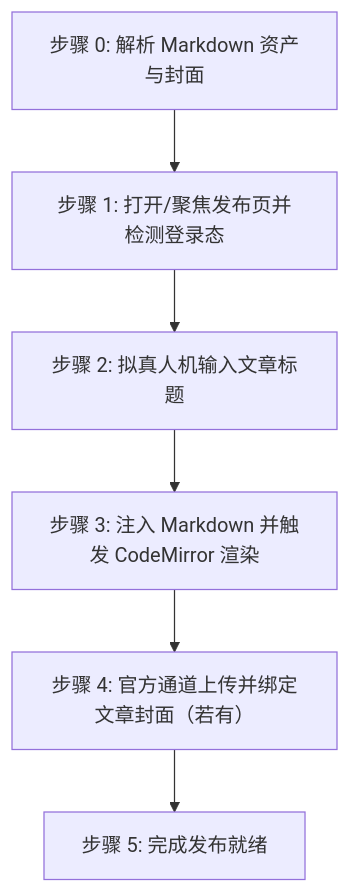
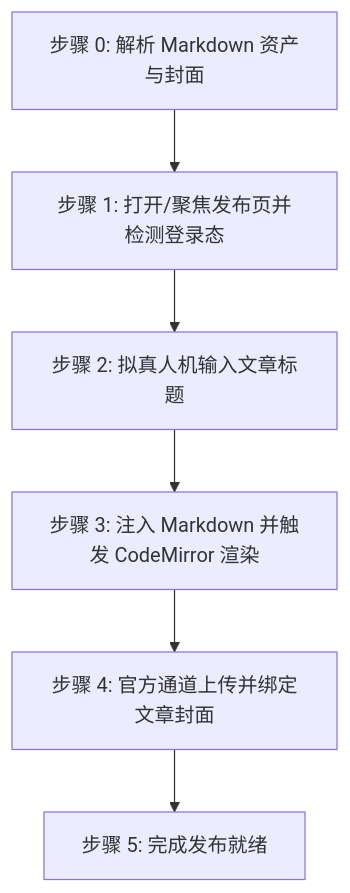
One commit to undsky/doudou-publish-skills changed the diagram in skills/doudou-juejin/SKILL.md. Above: the diagram before and after it, drawn with Mermaid. The commit also changed other lines of this file and 3 other files, not shown here.

````diff
--- a/skills/doudou-juejin/SKILL.md
+++ b/skills/doudou-juejin/SKILL.md
@@ -12,8 +12,8 @@
 ```mermaid
 flowchart TD
     S0[步骤 0: 解析 Markdown 资产与封面] --> S1[步骤 1: 打开/聚焦发布页并检测登录态]
     S1 --> S2[步骤 2: 拟真人机输入文章标题]
     S2 --> S3[步骤 3: 注入 Markdown 并触发 CodeMirror 渲染]
-    S3 --> S4[步骤 4: 官方通道上传并绑定文章封面（若有）]
+    S3 --> S4[步骤 4: 官方通道上传并绑定文章封面]
     S4 --> S5[步骤 5: 完成发布就绪]
 ```
````
